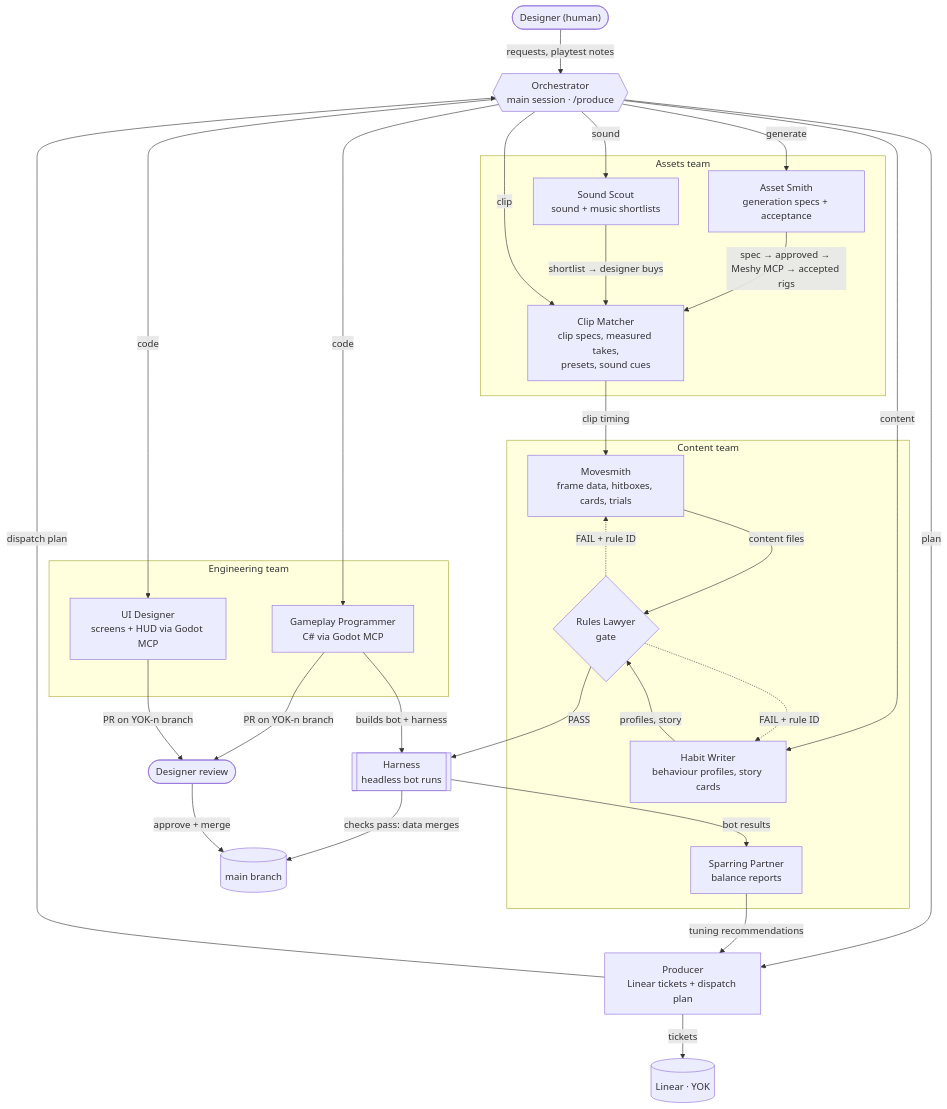
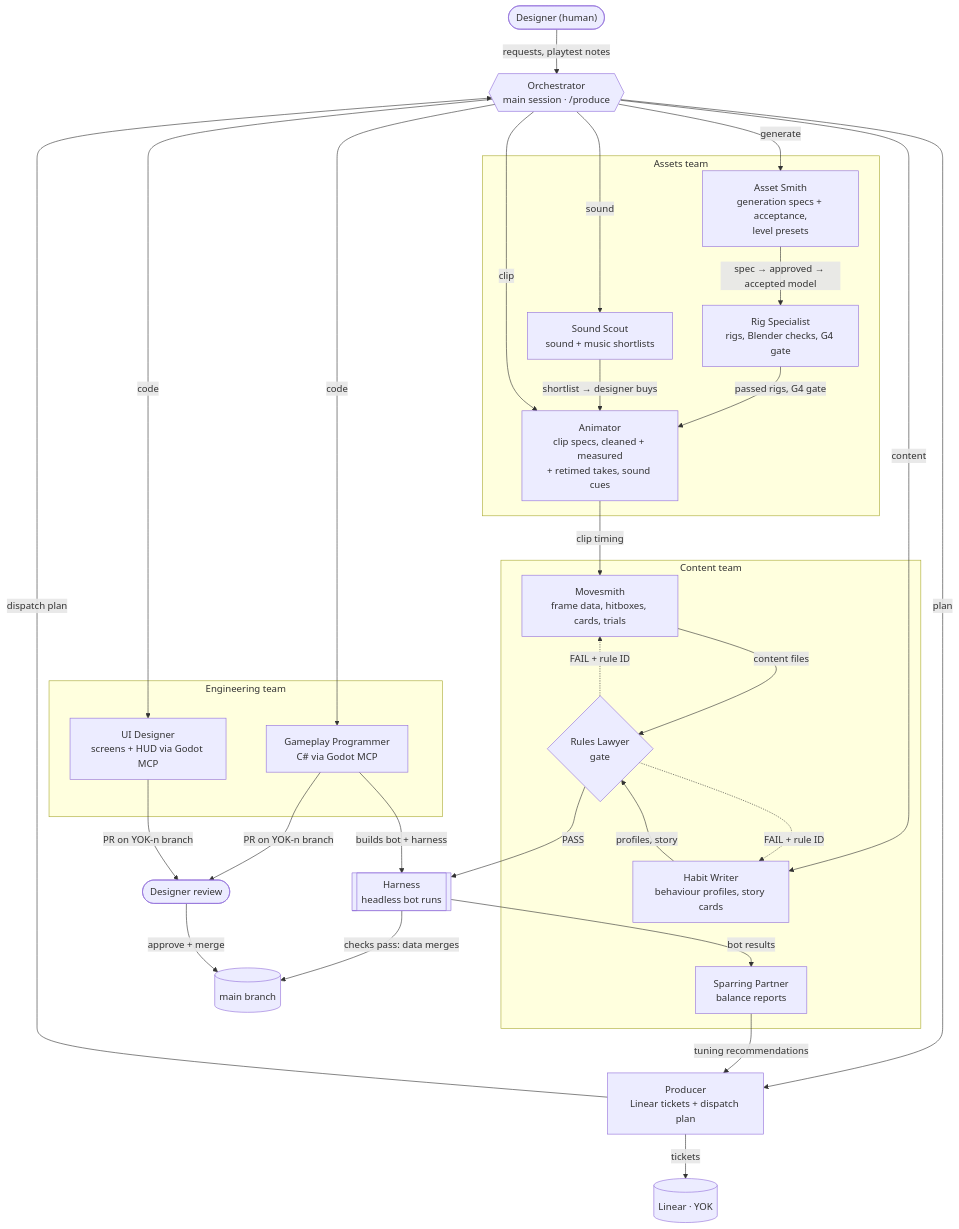
Before and after one commit to Andreas203/yokai-fighters: the second of 2 diagrams in README.md, drawn with Mermaid. The commit also changed other lines of this file and 25 other files, not shown here.

First line of the commit message:
YOK-agent-rig-split: split clip-matcher into rig-specialist and animator (AM5)

````diff
--- a/README.md
+++ b/README.md
@@ -300,59 +301,61 @@
 ```mermaid
 flowchart TD
     D(["Designer (human)"])
     O{{"Orchestrator<br/>main session · /produce"}}
     P["Producer<br/>Linear tickets + dispatch plan"]
     L[("Linear · YOK")]
 
     D -- "requests, playtest notes" --> O
     O -- "plan" --> P
     P -- "tickets" --> L
     P -- "dispatch plan" --> O
 
     subgraph ASSETS["Assets team"]
-        AS["Asset Smith<br/>generation specs + acceptance"]
-        CM["Clip Matcher<br/>clip specs, measured takes,<br/>presets, sound cues"]
+        AS["Asset Smith<br/>generation specs + acceptance,<br/>level presets"]
+        RS["Rig Specialist<br/>rigs, Blender checks, G4 gate"]
+        CM["Animator<br/>clip specs, cleaned + measured<br/>+ retimed takes, sound cues"]
         SS["Sound Scout<br/>sound + music shortlists"]
     end
 
     subgraph ENG["Engineering team"]
         GP["Gameplay Programmer<br/>C# via Godot MCP"]
         UI["UI Designer<br/>screens + HUD via Godot MCP"]
     end
 
     subgraph CONTENT["Content team"]
         MS["Movesmith<br/>frame data, hitboxes, cards, trials"]
         HW["Habit Writer<br/>behaviour profiles, story cards"]
         RL{"Rules Lawyer<br/>gate"}
         SP["Sparring Partner<br/>balance reports"]
     end
 
     H[["Harness<br/>headless bot runs"]]
     R(["Designer review"])
     M[("main branch")]
 
     O -- "generate" --> AS
-    AS -- "spec → approved → Meshy MCP → accepted rigs" --> CM
+    AS -- "spec → approved → accepted model" --> RS
+    RS -- "passed rigs, G4 gate" --> CM
     O -- "sound" --> SS
     SS -- "shortlist → designer buys" --> CM
 
     O -- "clip" --> CM
     CM -- "clip timing" --> MS
     O -- "content" --> HW
     MS -- "content files" --> RL
     HW -- "profiles, story" --> RL
     RL -. "FAIL + rule ID" .-> MS
     RL -. "FAIL + rule ID" .-> HW
     RL -- "PASS" --> H
     H -- "checks pass: data merges" --> M
 
     O -- "code" --> GP
     O -- "code" --> UI
     GP -- "builds bot + harness" --> H
     GP -- "PR on YOK-n branch" --> R
     UI -- "PR on YOK-n branch" --> R
     R -- "approve + merge" --> M
 
     H -- "bot results" --> SP
     SP -- "tuning recommendations" --> P
 ```
````
